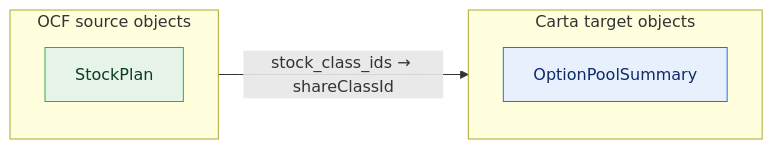
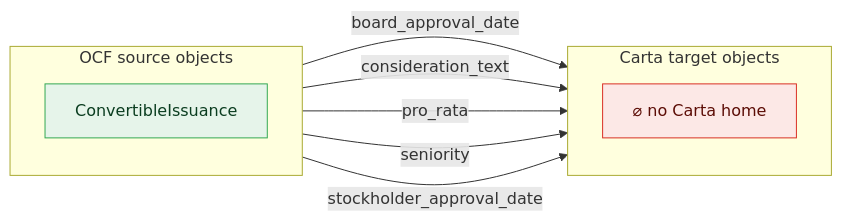
Before and after one commit to Open-Cap-Table-Coalition/OCF-Composed-Schemas: the eighth of 32 diagrams in core-rich/core-gaps.md, drawn with Mermaid. The commit also changed other lines of this file and 11 other files, not shown here.

First line of the commit message:
Flow diagrams: one fully separate diagram per OCF object flavor

````diff
--- a/core-rich/core-gaps.md
+++ b/core-rich/core-gaps.md
@@ -55,16 +200,20 @@
 ```mermaid
 flowchart LR
   classDef adm fill:#e6f4ea,stroke:#34a853,color:#0b3d20;
   classDef notadm fill:#f1f3f4,stroke:#9aa0a6,color:#5f6368,stroke-dasharray:4 3;
   classDef carta fill:#e8f0fe,stroke:#1a73e8,color:#0d2b66;
   classDef sink fill:#fce8e6,stroke:#d93025,color:#5c0d06;
   subgraph SRC["OCF source objects"]
     direction TB
-    o0["StockPlan"]:::adm
+    o0["ConvertibleIssuance"]:::adm
   end
   subgraph TGT["Carta target objects"]
     direction TB
-    t0["OptionPoolSummary"]:::carta
+    sink["⌀ no Carta home"]:::sink
   end
-  o0 -->|"stock_class_ids → shareClassId"| t0
+  o0 -->|"board_approval_date"| sink
+  o0 -->|"consideration_text"| sink
+  o0 -->|"pro_rata"| sink
+  o0 -->|"seniority"| sink
+  o0 -->|"stockholder_approval_date"| sink
 ```
````
